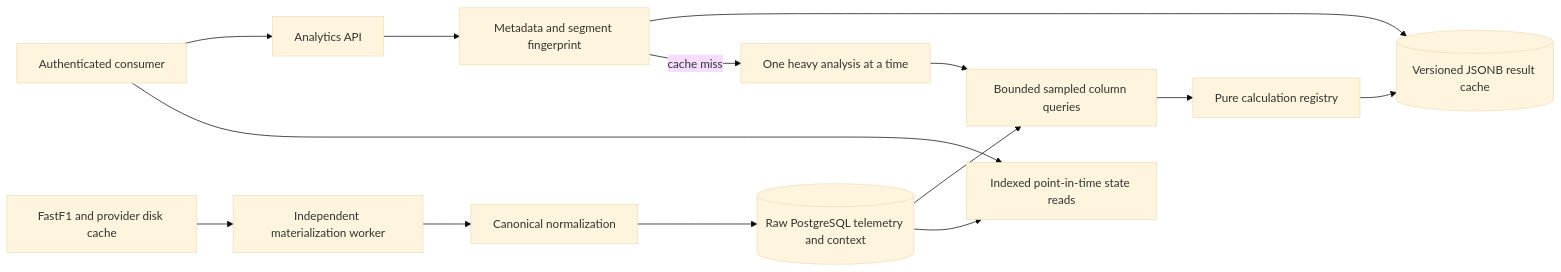
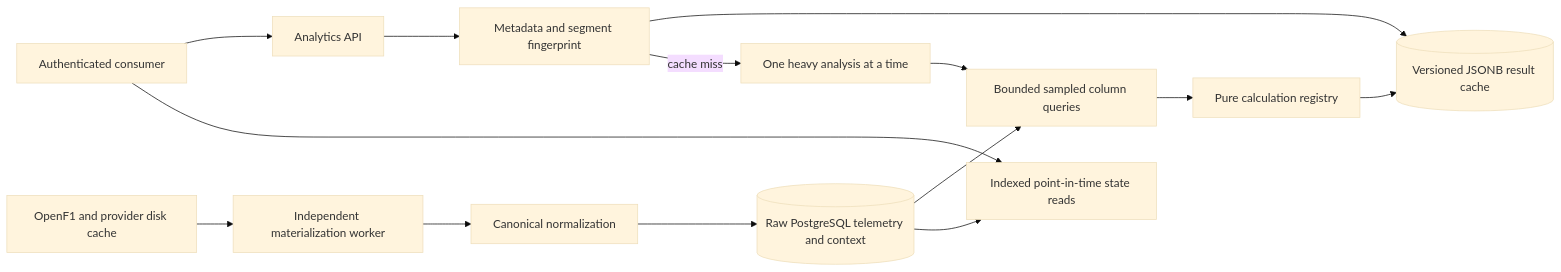
Before and after one commit to JozsefN/PitWall-Insights: the diagram in docs/architecture/09-f1-analytics.md, drawn with Mermaid (base theme). The commit also changed other lines of this file and 228 other files, not shown here.

````diff
--- a/docs/architecture/09-f1-analytics.md
+++ b/docs/architecture/09-f1-analytics.md
@@ -9,16 +9,16 @@
 ```mermaid
 flowchart LR
-    Provider[FastF1 and provider disk cache] --> Worker[Independent materialization worker]
+    Provider[OpenF1 and provider disk cache] --> Worker[Independent materialization worker]
     Worker --> Normalize[Canonical normalization]
     Normalize --> Raw[(Raw PostgreSQL telemetry and context)]
     UI[Authenticated consumer] --> API[Analytics API]
     API --> Fingerprint[Metadata and segment fingerprint]
     Fingerprint --> Cache[(Versioned JSONB result cache)]
     Fingerprint -->|cache miss| Gate[One heavy analysis at a time]
     Gate --> Input[Bounded sampled column queries]
     Raw --> Input
     Input --> Pure[Pure calculation registry]
     Pure --> Cache
     Raw --> State[Indexed point-in-time state reads]
     UI --> State
 ```
````
